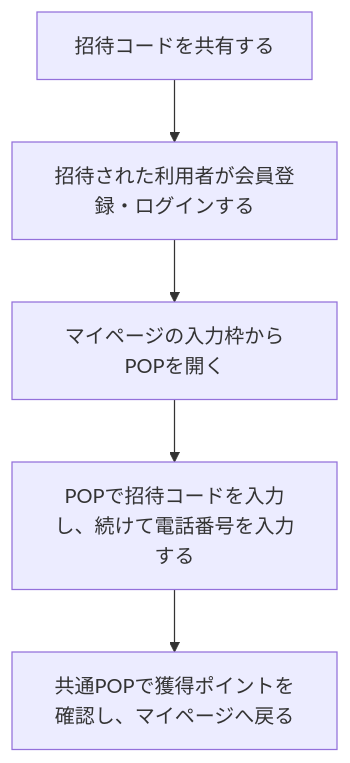
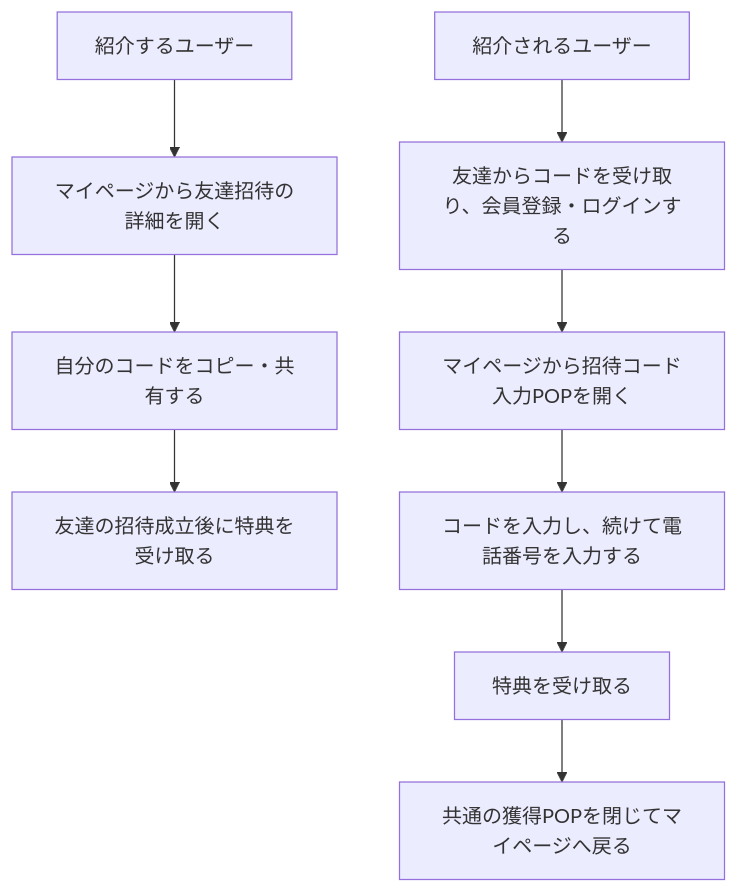
Before and after one commit to Min-Thu-Khant/pochipo-mock-en: the diagram in docs/prd/features/F14-referral.md, drawn with Mermaid. The commit also changed other lines of this file, not shown here.

````diff
--- a/docs/prd/features/F14-referral.md
+++ b/docs/prd/features/F14-referral.md
@@ -46,12 +46,11 @@
 ```mermaid
 flowchart TD
-  A0["招待コードを共有する"]
-  A1["招待された利用者が会員登録・ログインする"]
-  A2["マイページの入力枠からPOPを開く"]
-  A3["POPで招待コードを入力し、続けて電話番号を入力する"]
-  A4["共通POPで獲得ポイントを確認し、マイページへ戻る"]
-  A0 --> A1
-  A1 --> A2
-  A2 --> A3
-  A3 --> A4
+  A["紹介するユーザー"] --> A1["マイページから友達招待の詳細を開く"]
+  A1 --> A2["自分のコードをコピー・共有する"]
+  A2 --> A3["友達の招待成立後に特典を受け取る"]
+  B["紹介されるユーザー"] --> B1["友達からコードを受け取り、会員登録・ログインする"]
+  B1 --> B2["マイページから招待コード入力POPを開く"]
+  B2 --> B3["コードを入力し、続けて電話番号を入力する"]
+  B3 --> B4["特典を受け取る"]
+  B4 --> B5["共通の獲得POPを閉じてマイページへ戻る"]
 ```
````
